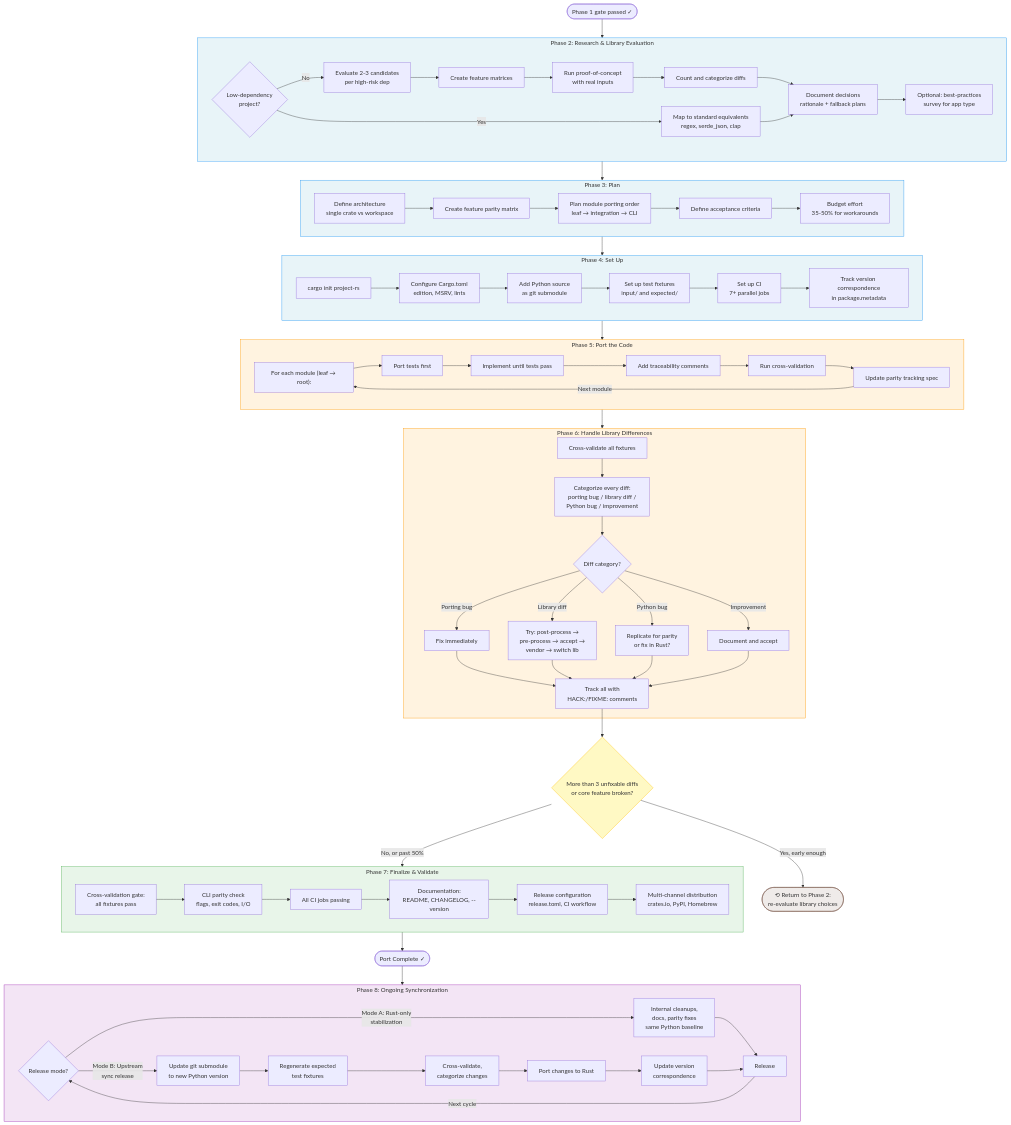
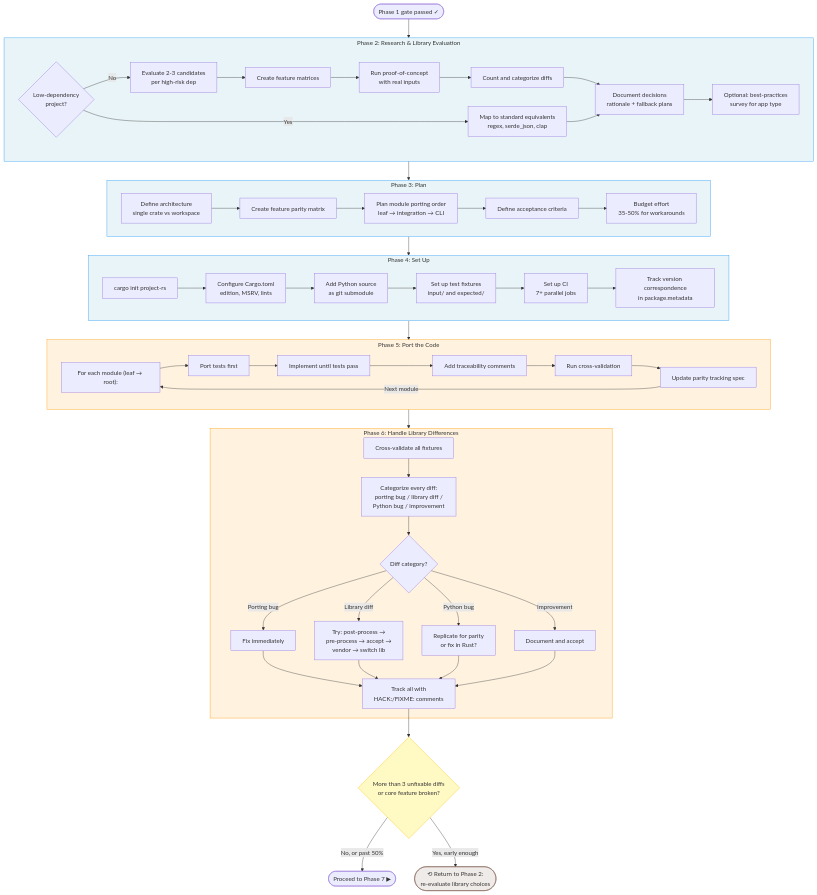
Before and after one commit to jlevy/rust-porting-playbook: the second of 8 diagrams in docs/project/playbook-flow-analysis.md, drawn with Mermaid.

Commit message:
Split into three diagrams: Preliminaries, Porting, Packaging
Breaks Phases 2-8 into two diagrams:
- Porting (Phases 2-6): research through library diff handling
- Packaging and Maintenance (Phases 7-8): finalize and sync

Each diagram now has clean entry/exit nodes connecting to the next.

https://claude.ai/code/session_0148Xw5B6j32TK4eNk3cRojC

````diff
--- a/docs/project/playbook-flow-analysis.md
+++ b/docs/project/playbook-flow-analysis.md
@@ -106,34 +106,8 @@
     end
 
     P6_track --> G6{"More than 3 unfixable diffs<br/>or core feature broken?"}
-    G6 -->|"No, or past 50%"| P7
+    G6 -->|"No, or past 50%"| READY([Proceed to Phase 7 ▶])
     G6 -->|"Yes, early enough"| G6_ret(["⟲ Return to Phase 2:<br/>re-evaluate library choices"])
-
-    subgraph P7["Phase 7: Finalize & Validate"]
-        P7_1[Cross-validation gate:<br/>all fixtures pass]
-        P7_2[CLI parity check<br/>flags, exit codes, I/O]
-        P7_3[All CI jobs passing]
-        P7_4[Documentation:<br/>README, CHANGELOG, --version]
-        P7_5[Release configuration<br/>release.toml, CI workflow]
-        P7_6[Multi-channel distribution<br/>crates.io, PyPI, Homebrew]
-        P7_1 --> P7_2 --> P7_3 --> P7_4 --> P7_5 --> P7_6
-    end
-
-    P7 --> DONE([Port Complete ✓])
-    DONE --> P8
-
-    subgraph P8["Phase 8: Ongoing Synchronization"]
-        P8_mode{Release mode?}
-        P8_mode -->|"Mode A: Rust-only<br/>stabilization"| P8_A[Internal cleanups,<br/>docs, parity fixes<br/>same Python baseline]
-        P8_mode -->|"Mode B: Upstream<br/>sync release"| P8_B1[Update git submodule<br/>to new Python version]
-        P8_B1 --> P8_B2[Regenerate expected<br/>test fixtures]
-        P8_B2 --> P8_B3[Cross-validate,<br/>categorize changes]
-        P8_B3 --> P8_B4[Port changes to Rust]
-        P8_B4 --> P8_B5[Update version<br/>correspondence]
-        P8_A --> P8_done[Release]
-        P8_B5 --> P8_done
-        P8_done -->|Next cycle| P8_mode
-    end
 
     style G6_ret fill:#efebe9,stroke:#795548
     style P2 fill:#e8f4f8,stroke:#2196F3
@@ -141,7 +115,5 @@
     style P4 fill:#e8f4f8,stroke:#2196F3
     style P5 fill:#fff3e0,stroke:#FF9800
     style P6 fill:#fff3e0,stroke:#FF9800
-    style P7 fill:#e8f5e9,stroke:#4CAF50
-    style P8 fill:#f3e5f5,stroke:#9C27B0
     style G6 fill:#fff9c4,stroke:#FFC107
 ```
````
